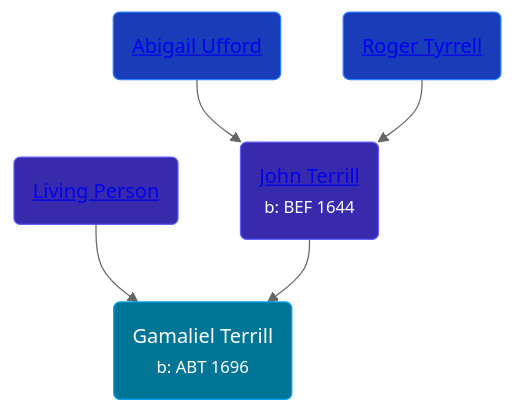
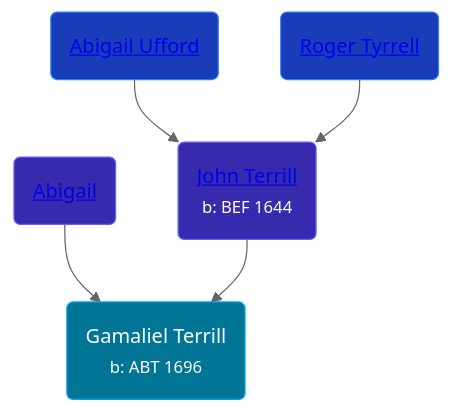
Before and after one commit to wpmgotkh/wpmgotkh.github.io: the diagram in pages/people/8/82123968.md, drawn with Mermaid (neutral theme). The commit also changed other lines of this file and 586 other files, not shown here.

Commit message:
feat: better shouldConsiderPersonLiving algo

````diff
--- a/pages/people/8/82123968.md
+++ b/pages/people/8/82123968.md
@@ -11,11 +11,11 @@
 ```mermaid
 graph
 classDef grands fill:#193cb8,stroke:#2b7fff,stroke-width:1px,color:#fff;
 classDef parents fill:#372aac,stroke:#615fff,stroke-width:1px,color:#fff;
 classDef primary fill:#007595,stroke:#00a6f4,stroke-width:1px,color:#fff;
 82123968(Gamaliel Terrill<br /><small>b: ABT 1696</small>):::primary
-48582652(<a class="text-white" href="/people/4/48582652">Living Person</a>):::parents-->82123968
+48582652(<a class="text-white" href="/people/4/48582652">Abigail </a>):::parents-->82123968
 65221157(<a class="text-white" href="/people/6/65221157">John Terrill</a><br /><small>b: BEF 1644</small>):::parents-->82123968
 99473444(<a class="text-white" href="/people/9/99473444">Abigail Ufford</a>):::grands-->65221157
 2108514(<a class="text-white" href="/people/2/2108514">Roger Tyrrell</a>):::grands-->65221157
 ```
````
